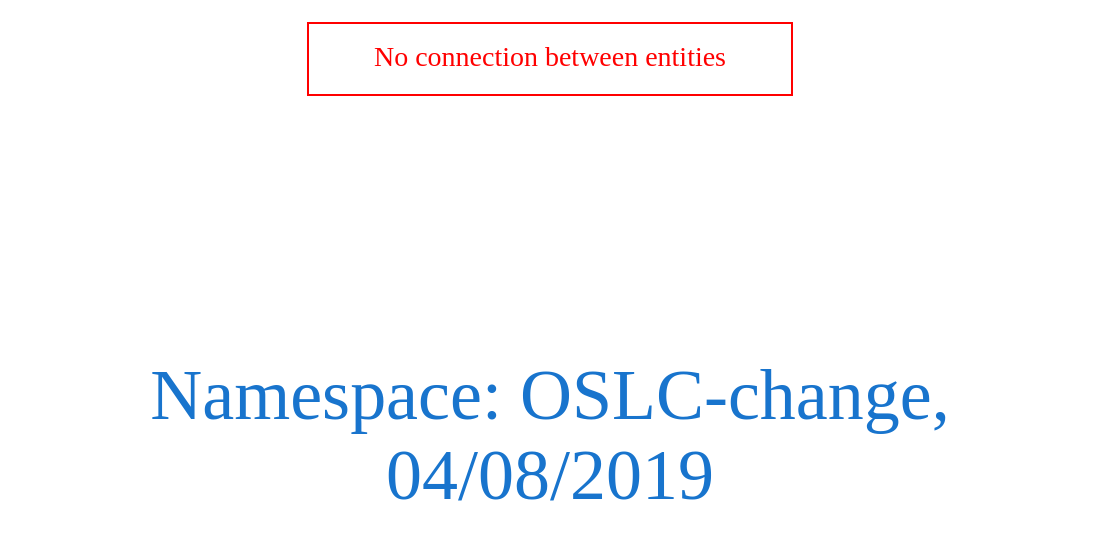
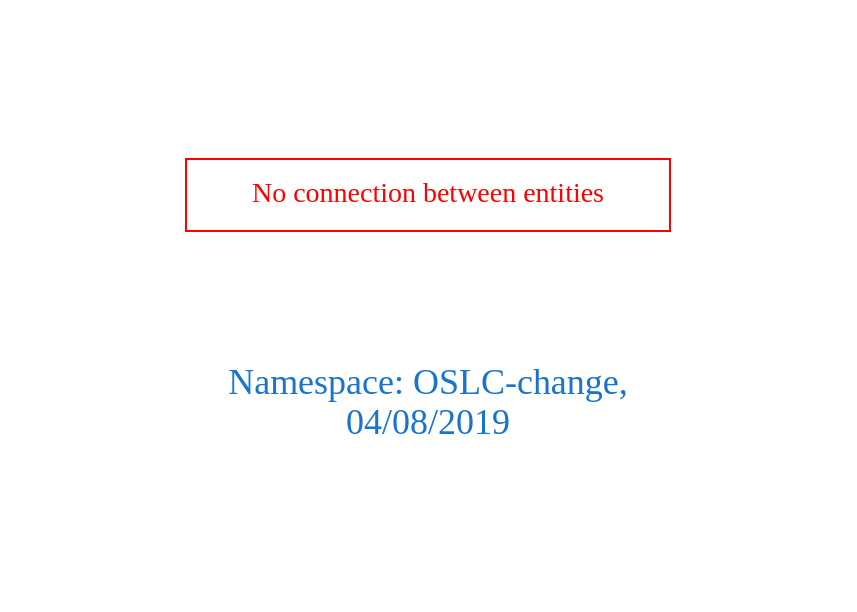
One commit to arago/OGIT changed the diagram in downloads/OSLC-change.dot. Above: the diagram before and after it, drawn with Graphviz. The commit also changed 1332 other files, not shown here.

```diff
--- a/downloads/OSLC-change.dot
+++ b/downloads/OSLC-change.dot
@@ -1,9 +1,9 @@
 digraph OGIT_ontology {
- graph [ rankdir= LR,compound=true 
-fontsize = 36,
+ graph [ rankdir= LR,pad=1 
+fontsize = 18,
 fontcolor= dodgerblue3,label = "\n\n\nNamespace: OSLC-change, \n 04/08/2019"];
 node[shape=polygon];
 edge [  color="gray81"];
 
 "No connection between entities" [fontcolor = "red",color="red", shape="polygon"]
 }
```
